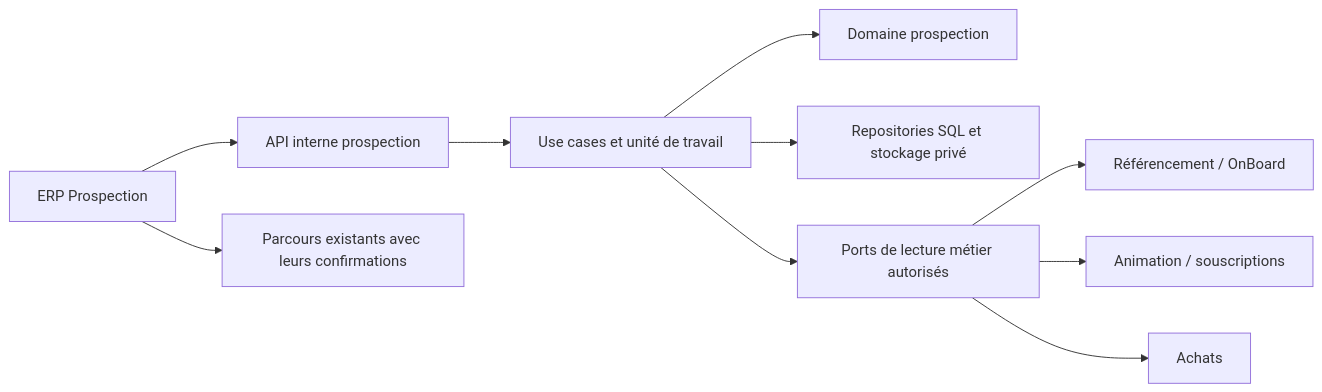
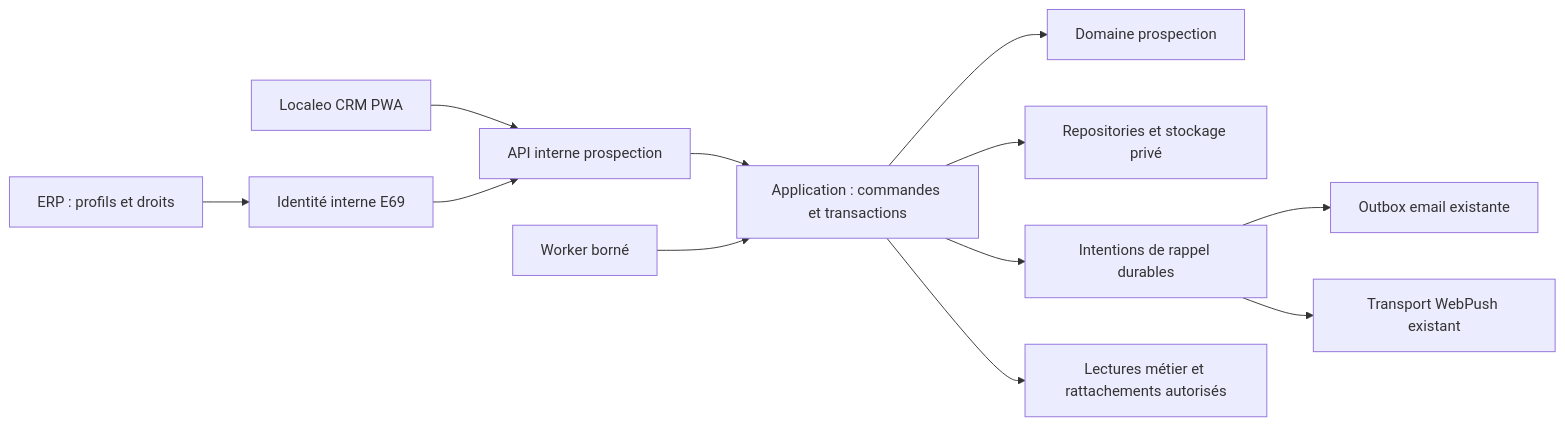
The diagram in docs/specifications/epic-71-crm-prospection/architecture-contrats.md (contactlocaleo/localeo-projet), drawn with Mermaid before and after one commit. The commit also changed other lines of this file and 12 other files, not shown here.

Commit message:
docs(crm): specifier la PWA E71 et son import CSV

````diff
--- a/docs/specifications/epic-71-crm-prospection/architecture-contrats.md
+++ b/docs/specifications/epic-71-crm-prospection/architecture-contrats.md
@@ -27,12 +25,14 @@
 ```mermaid
 flowchart LR
-  ERP[ERP Prospection] --> API[API interne prospection]
-  API --> UC[Use cases et unité de travail]
+  ERP[ERP : profils et droits] --> IAM[Identité interne E69]
+  PWA[Localeo CRM PWA] --> API[API interne prospection]
+  API --> UC[Application : commandes et transactions]
   UC --> DOM[Domaine prospection]
-  UC --> SQL[Repositories SQL et stockage privé]
-  UC --> READ[Ports de lecture métier autorisés]
-  READ --> REF[Référencement / OnBoard]
-  READ --> ANI[Animation / souscriptions]
-  READ --> ACH[Achats]
-  ERP --> FLOW[Parcours existants avec leurs confirmations]
+  UC --> DB[Repositories et stockage privé]
+  JOB[Worker borné] --> UC
+  UC --> OUT[Intentions de rappel durables]
+  OUT --> EMAIL[Outbox email existante]
+  OUT --> PUSH[Transport WebPush existant]
+  UC --> MET[Lectures métier et rattachements autorisés]
+  IAM --> API
 ```
````
